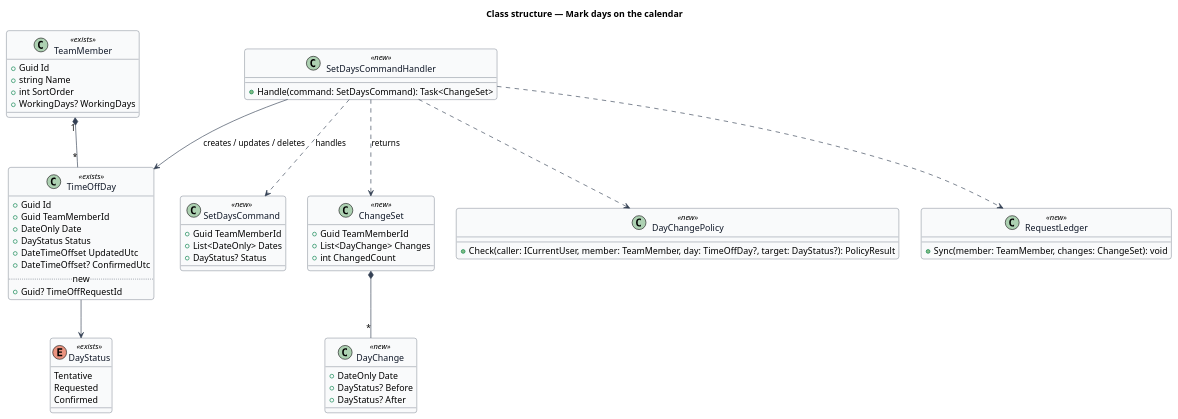
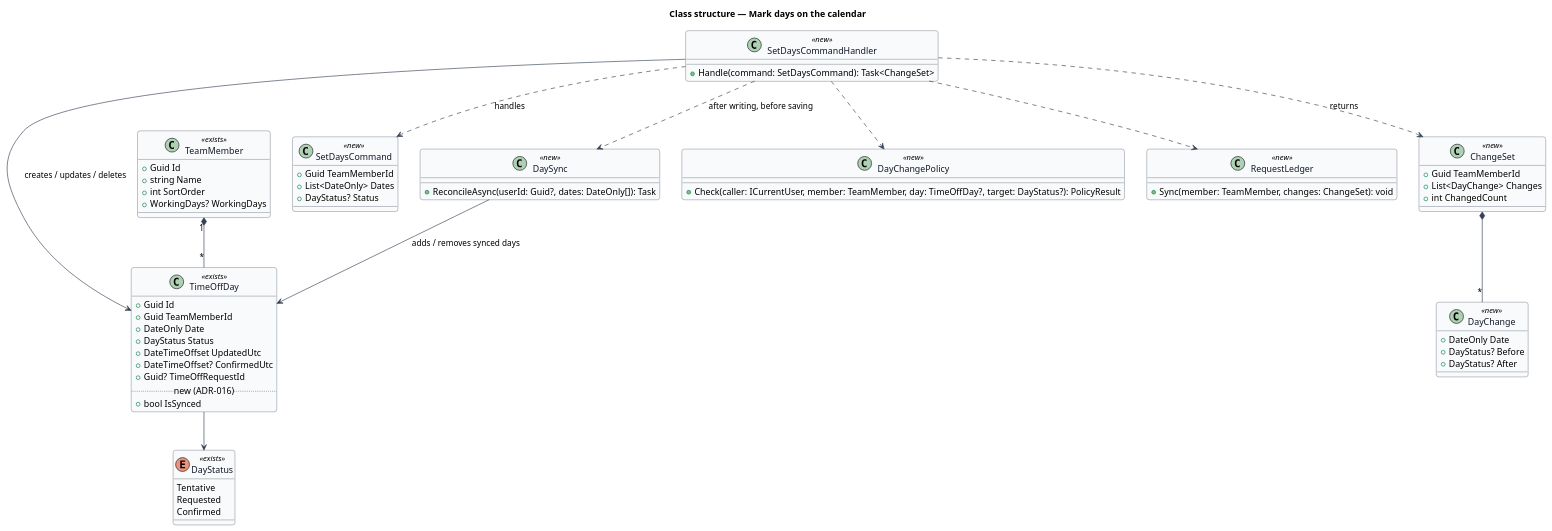
Before and after one commit to QuinntyneBrown/greenlit: the diagram in docs/detailed-designs/sheet/mark-days/diagrams/class-structure.puml, drawn with PlantUML. The commit also changed 13 other files, not shown here.

Commit message:
Design the synced day's write, read and join paths (L2-064, ADR-016)

```diff
--- a/docs/detailed-designs/sheet/mark-days/diagrams/class-structure.puml
+++ b/docs/detailed-designs/sheet/mark-days/diagrams/class-structure.puml
@@ -1,68 +1,74 @@
 @startuml
 skinparam backgroundColor #FFFFFF
 skinparam shadowing false
 skinparam roundcorner 8
 skinparam defaultFontName Arial
 skinparam ArrowColor #344054
 skinparam class {
   BorderColor #344054
   FontColor #101828
   BackgroundColor #F9FAFB
 }
 title Class structure — Mark days on the calendar
 
 class TimeOffDay <<exists>> {
   +Guid Id
   +Guid TeamMemberId
   +DateOnly Date
   +DayStatus Status
   +DateTimeOffset UpdatedUtc
   +DateTimeOffset? ConfirmedUtc
-  .. new ..
   +Guid? TimeOffRequestId
+  .. new (ADR-016) ..
+  +bool IsSynced
 }
 enum DayStatus <<exists>> {
   Tentative
   Requested
   Confirmed
 }
 class TeamMember <<exists>> {
   +Guid Id
   +string Name
   +int SortOrder
   +WorkingDays? WorkingDays
 }
 TeamMember "1" *-- "*" TimeOffDay
 TimeOffDay --> DayStatus
 
 class SetDaysCommand <<new>> {
   +Guid TeamMemberId
   +List<DateOnly> Dates
   +DayStatus? Status
 }
 class ChangeSet <<new>> {
   +Guid TeamMemberId
   +List<DayChange> Changes
   +int ChangedCount
 }
 class DayChange <<new>> {
   +DateOnly Date
   +DayStatus? Before
   +DayStatus? After
 }
 class DayChangePolicy <<new>> {
   +Check(caller: ICurrentUser, member: TeamMember, day: TimeOffDay?, target: DayStatus?): PolicyResult
 }
 class SetDaysCommandHandler <<new>> {
   +Handle(command: SetDaysCommand): Task<ChangeSet>
 }
 class RequestLedger <<new>> {
   +Sync(member: TeamMember, changes: ChangeSet): void
 }
 SetDaysCommandHandler ..> SetDaysCommand : handles
 SetDaysCommandHandler ..> DayChangePolicy
 SetDaysCommandHandler ..> RequestLedger
+class DaySync <<new>> {
+  +ReconcileAsync(userId: Guid?, dates: DateOnly[]): Task
+}
+SetDaysCommandHandler ..> DaySync : after writing, before saving
+DaySync --> TimeOffDay : adds / removes synced days
 SetDaysCommandHandler --> TimeOffDay : creates / updates / deletes
 SetDaysCommandHandler ..> ChangeSet : returns
 ChangeSet *-- "*" DayChange
 @enduml
```
